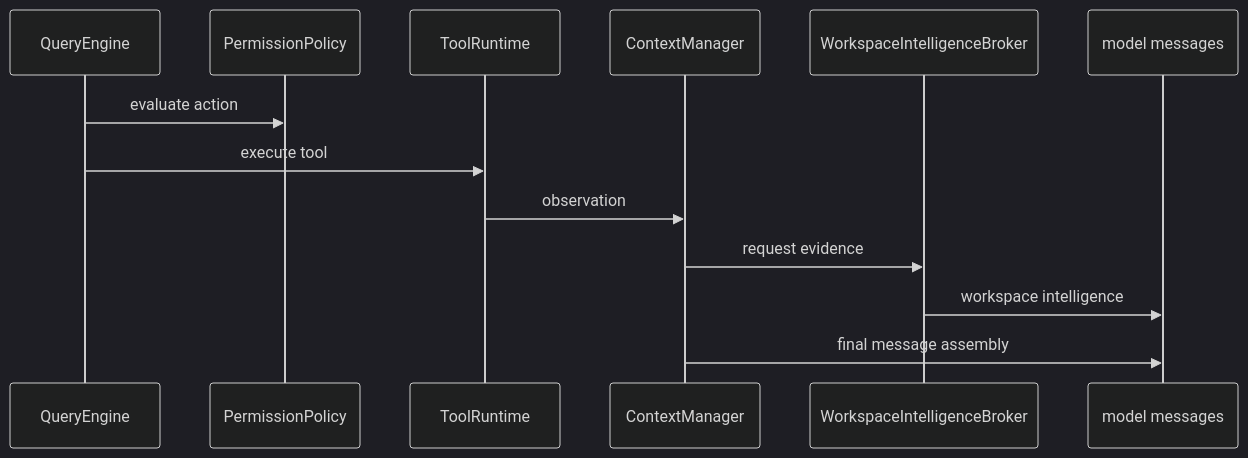
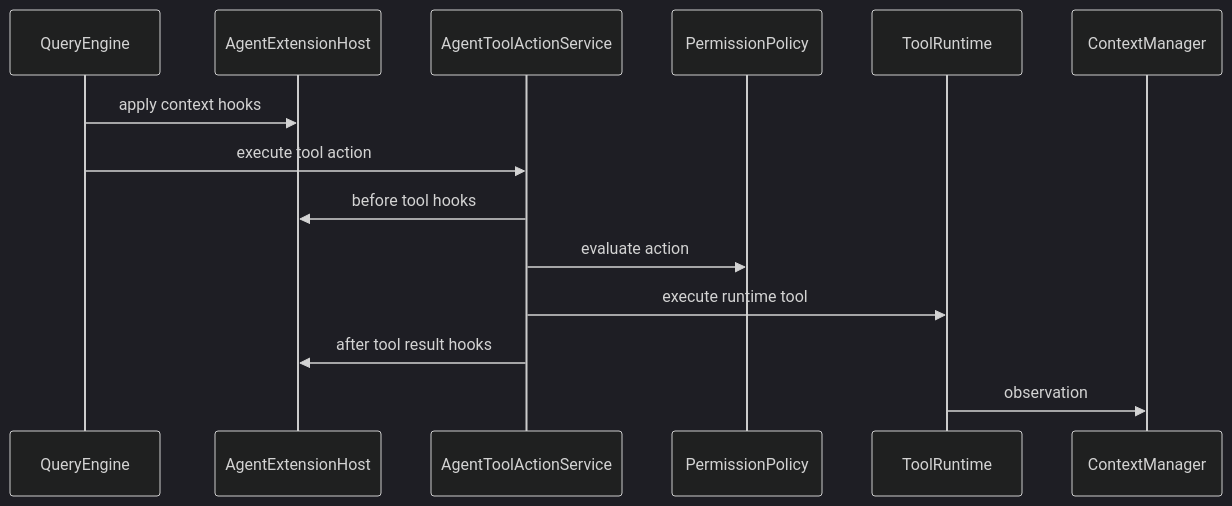
One commit to czh869452912/ccode-win7 changed the diagram in docs/modules/permissions-and-context.md. Above: the diagram before and after it, drawn with Mermaid (dark theme). The commit also changed other lines of this file and 6 other files, not shown here.

````diff
--- a/docs/modules/permissions-and-context.md
+++ b/docs/modules/permissions-and-context.md
@@ -51,15 +56,16 @@
 ```mermaid
 sequenceDiagram
     participant QE as QueryEngine
+    participant AEH as AgentExtensionHost
+    participant ATS as AgentToolActionService
     participant PP as PermissionPolicy
     participant TR as ToolRuntime
     participant CM as ContextManager
-    participant WIB as WorkspaceIntelligenceBroker
-    participant MM as model messages
-    QE->>PP: evaluate action
-    QE->>TR: execute tool
+    QE->>AEH: apply context hooks
+    QE->>ATS: execute tool action
+    ATS->>AEH: before tool hooks
+    ATS->>PP: evaluate action
+    ATS->>TR: execute runtime tool
+    ATS->>AEH: after tool result hooks
     TR->>CM: observation
-    CM->>WIB: request evidence
-    WIB->>MM: workspace intelligence
-    CM->>MM: final message assembly
 ```
````
